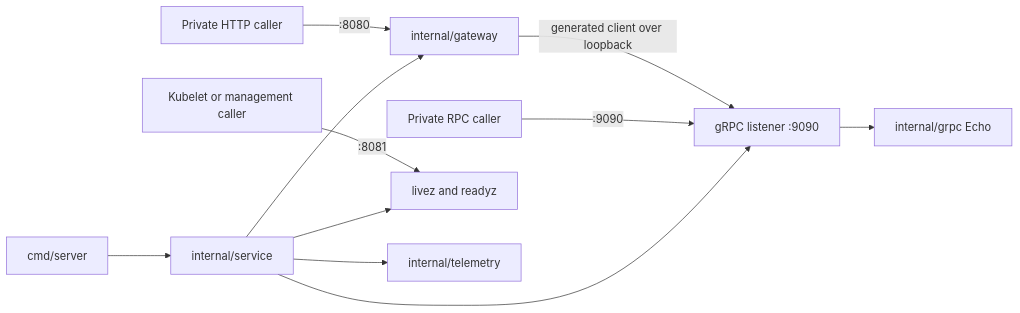
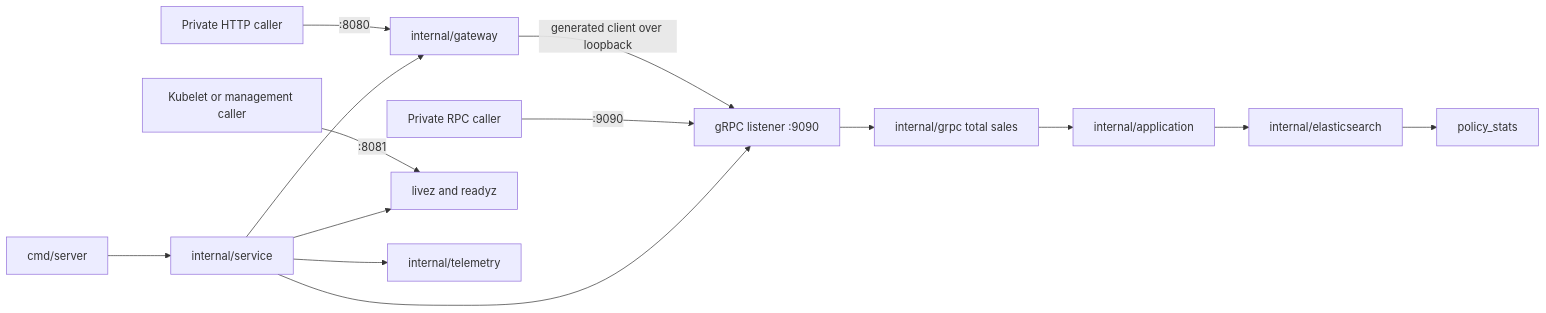
Before and after one commit to igor-baiborodine/insurance-hub: the diagram in services/dashboard-service/README.md, drawn with Mermaid. The commit also changed other lines of this file and 24 other files, not shown here.

Commit message:
feat(dashboard): [issue-287][step-7] complete total-sales transport

````diff
--- a/services/dashboard-service/README.md
+++ b/services/dashboard-service/README.md
@@ -40,13 +40,16 @@
 ```mermaid
 flowchart LR
     caller["Private HTTP caller"] -->|":8080"| gateway["internal/gateway"]
     gateway -->|"generated client over loopback"| listener["gRPC listener :9090"]
     direct["Private RPC caller"] -->|":9090"| listener
-    listener --> echo["internal/grpc Echo"]
+    listener --> query["internal/grpc total sales"]
+    query --> usecase["internal/application"]
+    usecase --> reader["internal/elasticsearch"]
+    reader --> es["policy_stats"]
     probes["Kubelet or management caller"] -->|":8081"| health["livez and readyz"]
     entry["cmd/server"] --> composition["internal/service"]
     composition --> gateway
     composition --> listener
     composition --> health
     composition --> telemetry["internal/telemetry"]
 ```
````
